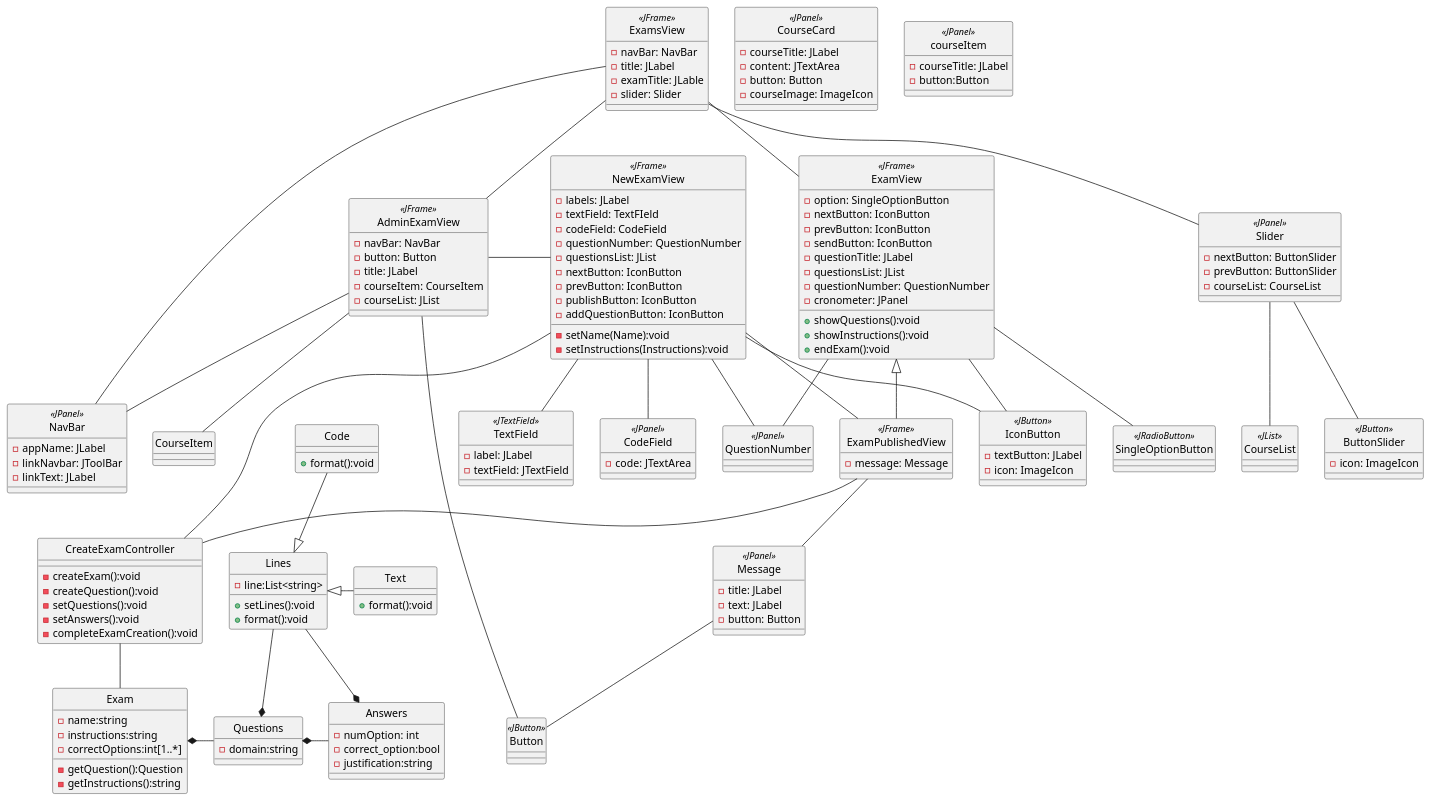
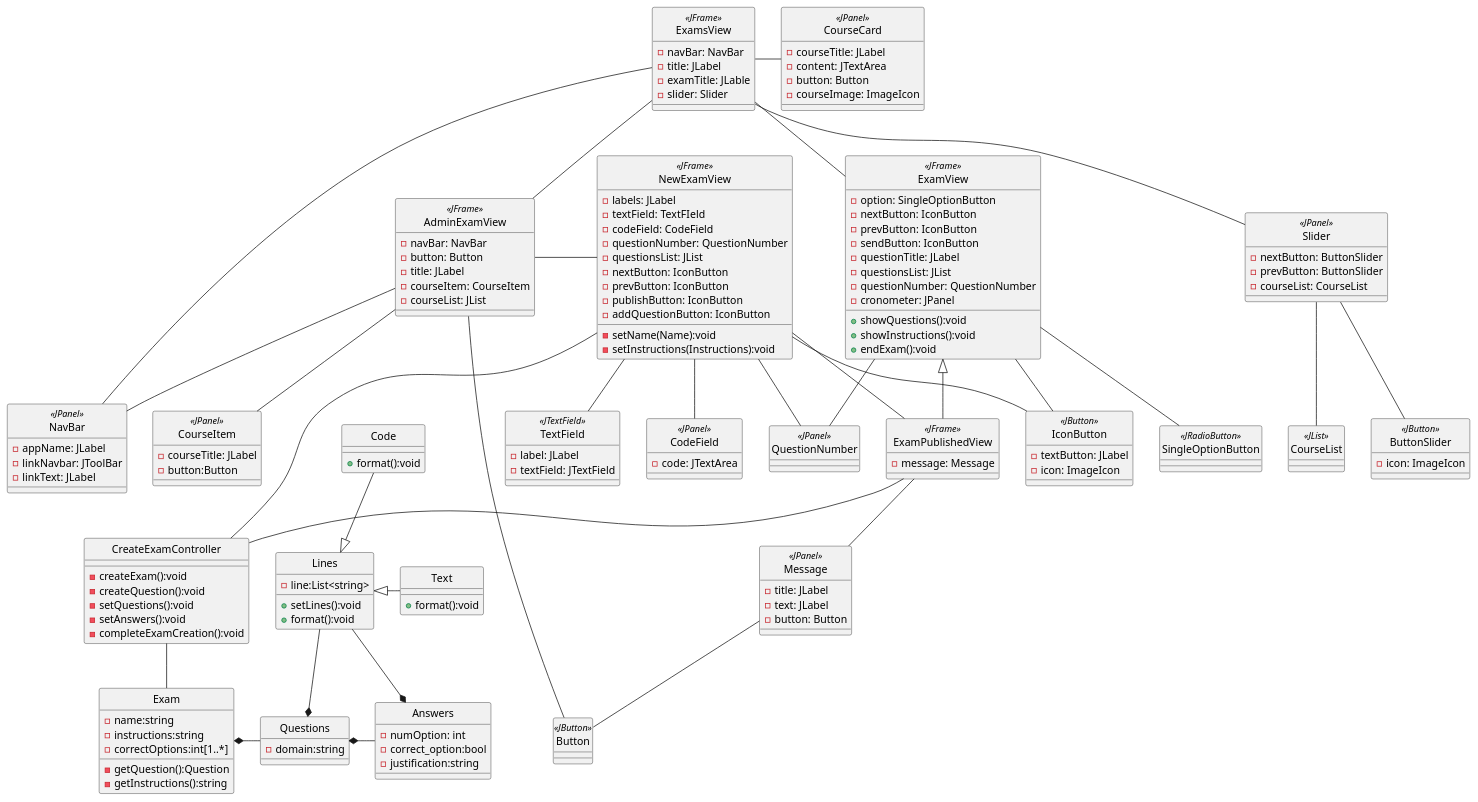
Before and after one commit to TheSProyect/Proyecto-IS-Grupo-1: the diagram in docs/logicalView/desingView/classDesign/Design-CreateExamClassDiagram.plantuml, drawn with PlantUML. The commit also changed 7 other files, not shown here.

Commit message:
Finished Design Discipline Diagrams

```diff
--- a/docs/logicalView/desingView/classDesign/Design-CreateExamClassDiagram.plantuml
+++ b/docs/logicalView/desingView/classDesign/Design-CreateExamClassDiagram.plantuml
@@ -1,182 +1,183 @@
 @startuml Design-ClassDiagram
 skinparam style strictuml
 
 ' Ui Components
 class NavBar <<JPanel>>{
     -appName: JLabel
     -linkNavbar: JToolBar
     -linkText: JLabel
 __
 }
 class TextField <<JTextField>>{
     -label: JLabel
     -textField: JTextField
 __
 }
 class CodeField <<JPanel>>{
     -code: JTextArea
 }
 class Button <<JButton>>
 
 class ButtonSlider <<JButton>>{
     -icon: ImageIcon
 }
 class IconButton <<JButton>>{
     -textButton: JLabel
     -icon: ImageIcon
 }
 class CourseCard <<JPanel>>{
     -courseTitle: JLabel
     -content: JTextArea
     -button: Button
     -courseImage: ImageIcon
 }
 class CourseList <<JList>>
 
 class Slider <<JPanel>>{
     -nextButton: ButtonSlider
     -prevButton: ButtonSlider
     -courseList: CourseList
 }
 class SingleOptionButton <<JRadioButton>>
 class QuestionNumber <<JPanel>>
-class courseItem <<JPanel>>{
+class CourseItem <<JPanel>>{
     -courseTitle: JLabel
     -button:Button
 }
 class Message <<JPanel>>{
     -title: JLabel
     -text: JLabel
     -button: Button
 __
 }
 
 ' Views
 class ExamsView as "ExamsView" <<JFrame>> { /' MisExamenes'/
     -navBar: NavBar
     -title: JLabel
     -examTitle: JLable
     -slider: Slider
 __
 }
 class ExamView as "ExamView" <<JFrame>> { /' Examen'/
     -option: SingleOptionButton
     -nextButton: IconButton
     -prevButton: IconButton
     -sendButton: IconButton
     -questionTitle: JLabel
     -questionsList: JList
     -questionNumber: QuestionNumber
     -cronometer: JPanel
 __
     +showQuestions():void
     +showInstructions():void
     +endExam():void
 }
 
 class NewExamView as "NewExamView" <<JFrame>>{ /' CrearExamen'/
     -labels: JLabel
     -textField: TextFIeld
     -codeField: CodeField
     -questionNumber: QuestionNumber
     -questionsList: JList
     -nextButton: IconButton
     -prevButton: IconButton
     -publishButton: IconButton
     -addQuestionButton: IconButton
 __
     -setName(Name):void
     -setInstructions(Instructions):void
 }
 
 class ExamPublishedView as "ExamPublishedView" <<JFrame>> {/' ExamenCreado'/
     -message: Message
 }
 class AdminExamView as "AdminExamView" <<JFrame>>{ /' AdministradorExamenes'/
     -navBar: NavBar
     -button: Button
     -title: JLabel
     -courseItem: CourseItem
     -courseList: JList
 __
 }
 
 'Controllers
 class CreateExamController{
 __
     -createExam():void
     -createQuestion():void
     -setQuestions():void
     -setAnswers():void
     -completeExamCreation():void
 }
 
 'Models
 class Questions{
     -domain:string
 }
 class Answers {
     -numOption: int
     -correct_option:bool
     -justification:string
 }
 class Exam {
     -name:string
     -instructions:string
     -correctOptions:int[1..*]
 __
     -getQuestion():Question
     -getInstructions():string
 }
 
 
 class Lines {
     -line:List<string>
     +setLines():void
     +format():void
 }
 
 class Text {
     +format():void
 }
 
 class Code {
     +format():void
 }
 
 'Relations
 Slider -- ButtonSlider
 Slider -- CourseList
 
 ExamsView -- NavBar
 ExamsView -- Slider
+ExamsView -r- CourseCard
 AdminExamView -- NavBar
 AdminExamView -- Button
 AdminExamView -- CourseItem
 ExamView -- SingleOptionButton
 ExamView -- IconButton
 ExamView -- QuestionNumber
 NewExamView -- TextField
 NewExamView -- CodeField
 NewExamView -- QuestionNumber
 NewExamView -- IconButton
 ExamPublishedView -- Message
 Message -- Button
 
 ExamsView -- AdminExamView
 CreateExamController -u- NewExamView
 CreateExamController -u- ExamPublishedView
 CreateExamController -- Exam
 ExamPublishedView -u-|> ExamView
 
 ExamsView -- ExamView
 NewExamView -r- ExamPublishedView
 AdminExamView -r- NewExamView
 Questions *-r- Answers
 Exam *-r- Questions
 Lines <|-u- Code
 Lines <|-r- Text
 Lines --* Answers
 Lines --* Questions
 
 @enduml
```
